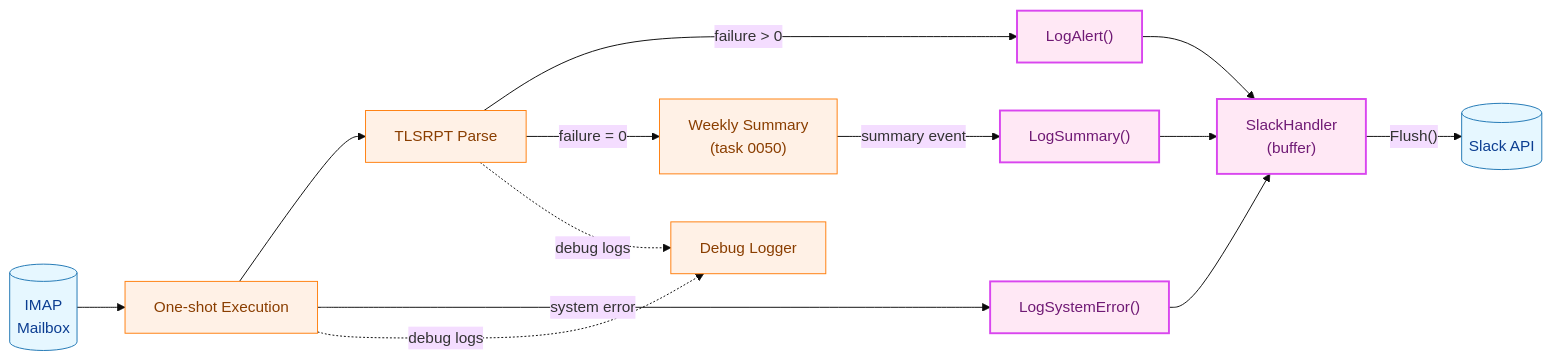
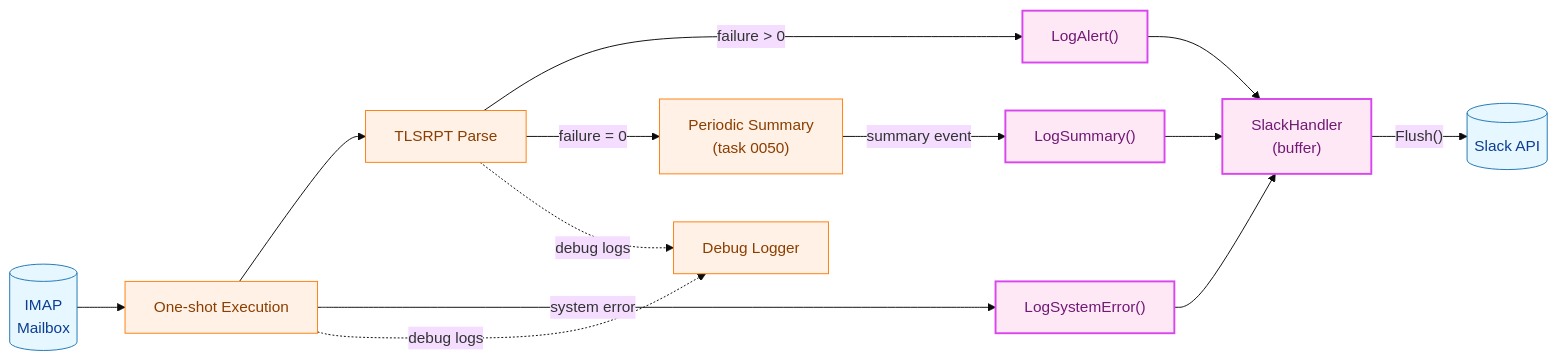
The first of 11 diagrams in docs/tasks/0030_slack_notify/02_architecture.md (isseis/tlsrpt-digest), drawn with Mermaid (base theme) before and after one commit. The commit also changed 1 other file, not shown here.

Commit message:
docs: clarify fetch recovery gating and summary terminology
- add an explicit pre-fetch recovery-required check to the fetch flow
- require fetch to stop before IMAP access while recovery remains unresolved
- rename the remaining task 0050 diagram label from Weekly Summary to Periodic Summary

````diff
--- a/docs/tasks/0030_slack_notify/02_architecture.md
+++ b/docs/tasks/0030_slack_notify/02_architecture.md
@@ -30,23 +30,23 @@
 ```mermaid
 flowchart LR
     classDef data fill:#e6f7ff,stroke:#1f77b4,stroke-width:1px,color:#0b3d91;
     classDef process fill:#fff1e6,stroke:#ff7f0e,stroke-width:1px,color:#8a3e00;
     classDef newpkg fill:#ffe8f5,stroke:#d946ef,stroke-width:2px,color:#701a75;
 
     IMAP[("IMAP<br>Mailbox")] --> Fetch["One-shot Execution"]
     Fetch --> Parse["TLSRPT Parse"]
     Parse -->|"failure > 0"| Alert["LogAlert()"]
-    Parse -->|"failure = 0"| SummarySrc["Weekly Summary<br>(task 0050)"]
+    Parse -->|"failure = 0"| SummarySrc["Periodic Summary<br>(task 0050)"]
     Fetch -->|"system error"| SysErr["LogSystemError()"]
     SummarySrc -->|"summary event"| Summary["LogSummary()"]
     Alert --> Notifier["SlackHandler<br>(buffer)"]
     SysErr --> Notifier
     Summary --> Notifier
     Notifier -->|"Flush()"| SlackAPI[("Slack API")]
     Parse -.->|"debug logs"| DebugLog["Debug Logger"]
     Fetch -.->|"debug logs"| DebugLog
 
     class IMAP,SlackAPI data
     class Fetch,Parse,SummarySrc,DebugLog process
     class Alert,SysErr,Summary,Notifier newpkg
 ```
````
